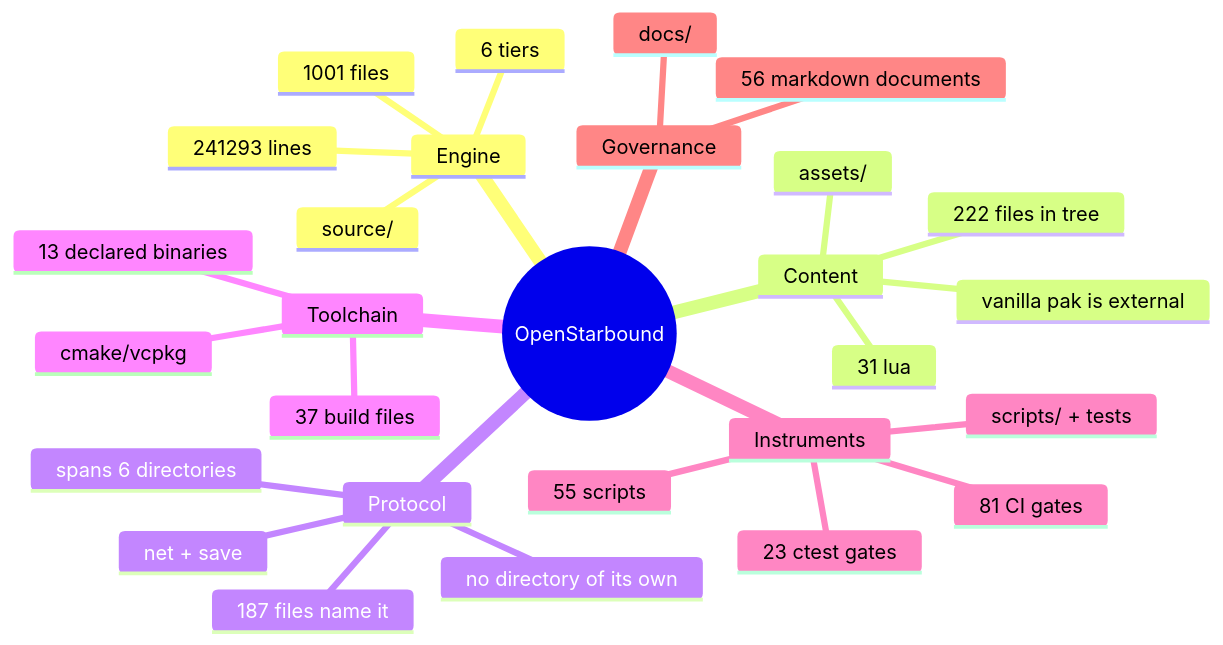
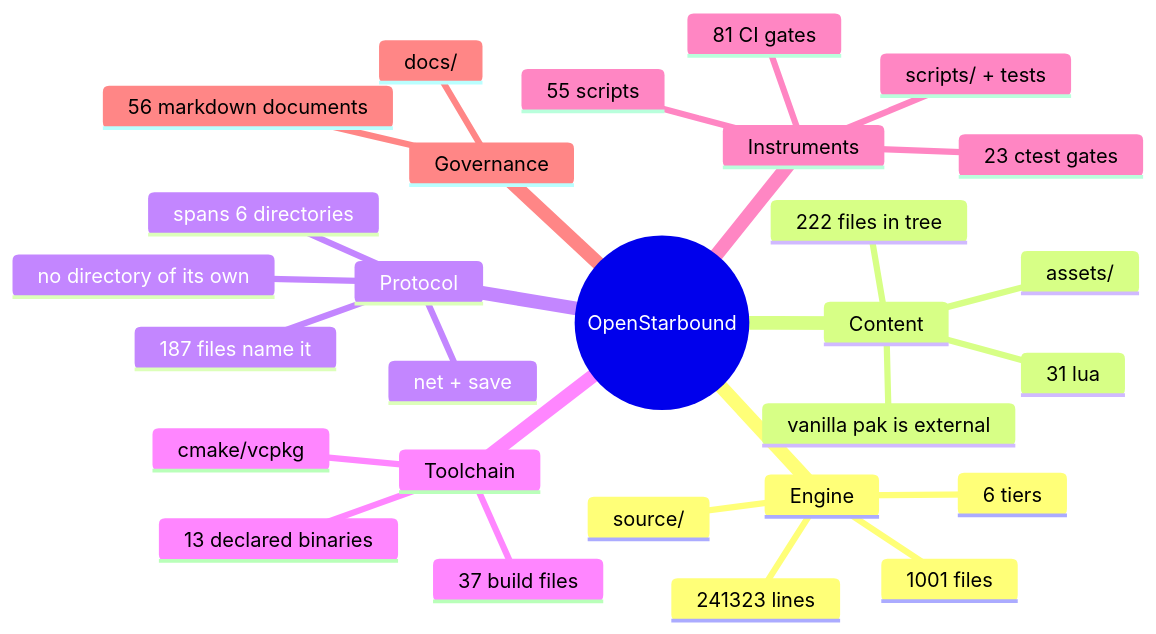
The second of 11 diagrams in docs/architecture/system-boundaries.md (apnex/OpenStarbound), drawn with Mermaid before and after one commit. The commit also changed other lines of this file and 2 other files, not shown here.

````diff
--- a/docs/architecture/system-boundaries.md
+++ b/docs/architecture/system-boundaries.md
@@ -166,31 +166,31 @@
 ```mermaid
 mindmap
   root((OpenStarbound))
     Engine
       source/
       1001 files
-      241293 lines
+      241323 lines
       6 tiers
     Content
       assets/
       222 files in tree
       31 lua
       vanilla pak is external
     Protocol
       net + save
       187 files name it
       spans 6 directories
       no directory of its own
     Toolchain
       cmake/vcpkg
       37 build files
       13 declared binaries
     Instruments
       scripts/ + tests
       55 scripts
       23 ctest gates
       81 CI gates
     Governance
       docs/
       56 markdown documents
 ```
````
